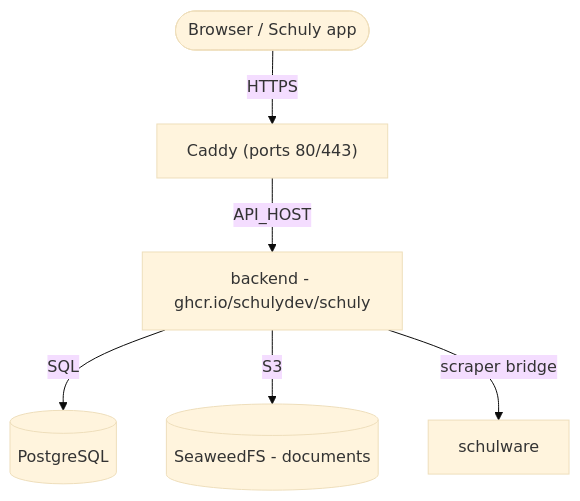
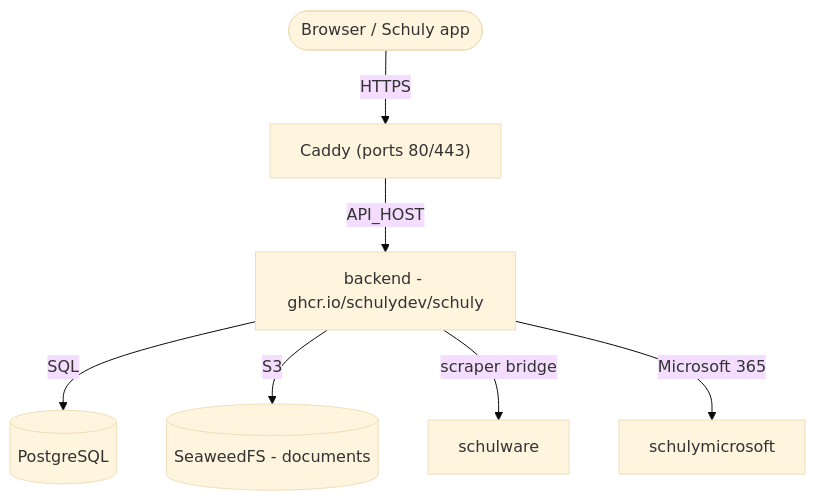
The diagram in docs/SchulyServer/setup/self-hosting.md (schulydev/SchulyDocs), drawn with Mermaid (base theme) before and after one commit. The commit also changed other lines of this file, not shown here.

````diff
--- a/docs/SchulyServer/setup/self-hosting.md
+++ b/docs/SchulyServer/setup/self-hosting.md
@@ -14,8 +14,9 @@
 ```mermaid
 flowchart TB
     user([Browser / Schuly app]) -->|HTTPS| caddy["Caddy (ports 80/443)"]
     caddy -->|API_HOST| backend["backend - ghcr.io/schulydev/schuly"]
     backend -->|SQL| pg[("PostgreSQL")]
     backend -->|S3| s3[("SeaweedFS - documents")]
     backend -->|scraper bridge| sw["schulware"]
+    backend -->|Microsoft 365| ms["schulymicrosoft"]
 ```
````
